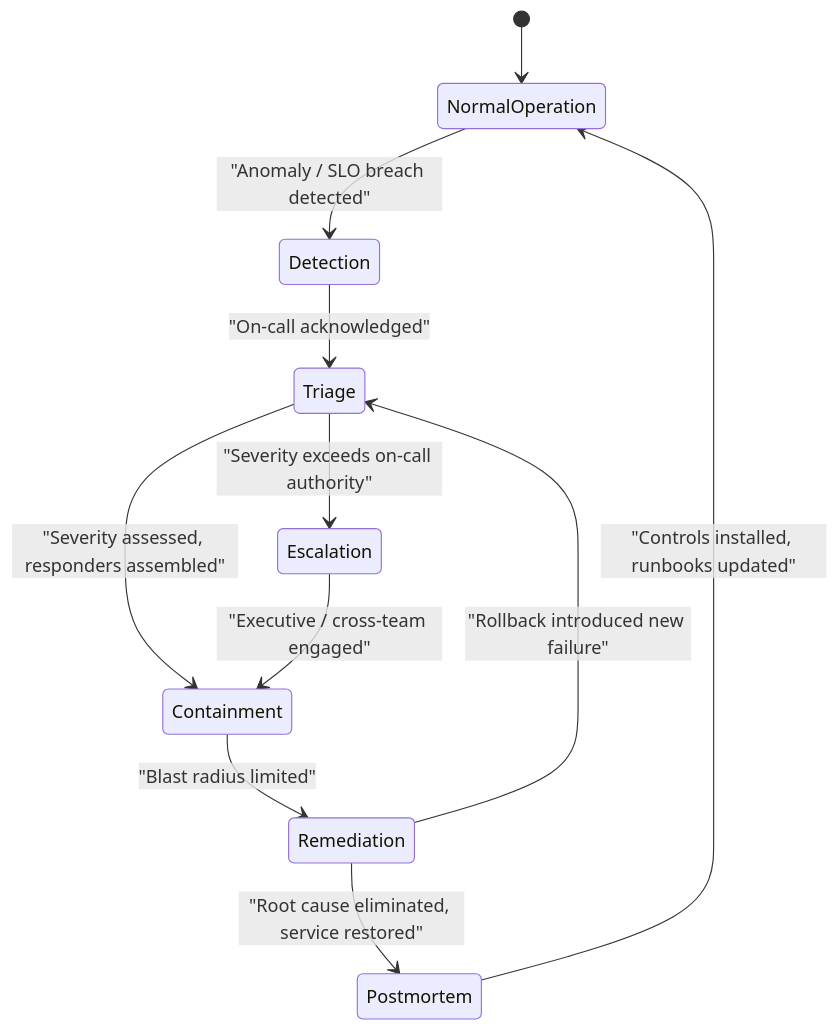
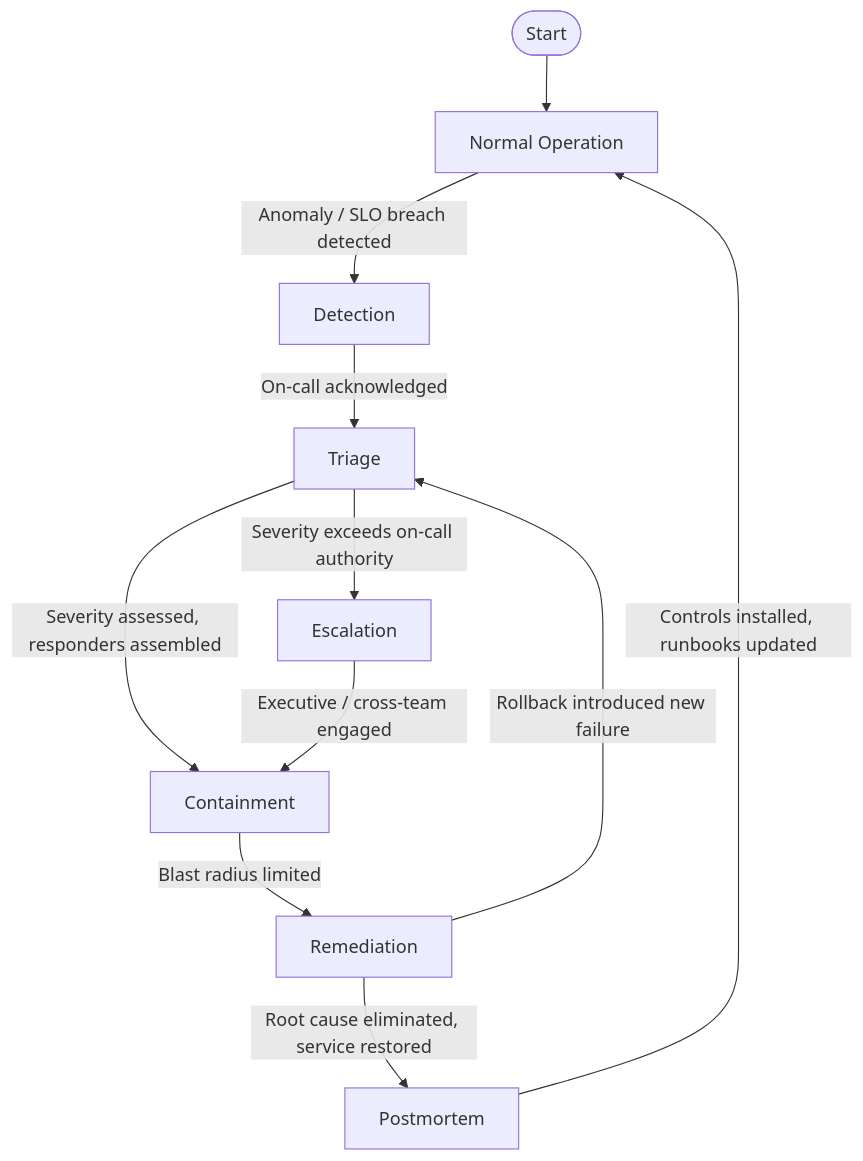
Before and after one commit to blebleblee/synapse: the second of 7 diagrams in topics/computing/infrastructure/devsecops/lesson_06_incident_response_chaos_resilience.md, drawn with Mermaid. The commit also changed other lines of this file and 1464 other files, not shown here.

Commit message:
feat(release): curriculum vector mermaid upgrade, render hardening, and master synpack

````diff
--- a/topics/computing/infrastructure/devsecops/lesson_06_incident_response_chaos_resilience.md
+++ b/topics/computing/infrastructure/devsecops/lesson_06_incident_response_chaos_resilience.md
@@ -78,16 +78,16 @@
 ```mermaid
-stateDiagram-v2
-    [*] --> NormalOperation
-
-    NormalOperation --> Detection : "Anomaly / SLO breach detected"
-    Detection --> Triage : "On-call acknowledged"
-    Triage --> Containment : "Severity assessed, responders assembled"
-    Containment --> Remediation : "Blast radius limited"
-    Remediation --> Postmortem : "Root cause eliminated, service restored"
-    Postmortem --> NormalOperation : "Controls installed, runbooks updated"
-
-    Triage --> Escalation : "Severity exceeds on-call authority"
-    Escalation --> Containment : "Executive / cross-team engaged"
-
-    Remediation --> Triage : "Rollback introduced new failure"
+flowchart TD
+    Start([Start]) --> NormalOperation["Normal Operation"]
+    
+    NormalOperation -->|"Anomaly / SLO breach detected"| Detection["Detection"]
+    Detection -->|"On-call acknowledged"| Triage["Triage"]
+    Triage -->|"Severity assessed, responders assembled"| Containment["Containment"]
+    Containment -->|"Blast radius limited"| Remediation["Remediation"]
+    Remediation -->|"Root cause eliminated, service restored"| Postmortem["Postmortem"]
+    Postmortem -->|"Controls installed, runbooks updated"| NormalOperation
+    
+    Triage -->|"Severity exceeds on-call authority"| Escalation["Escalation"]
+    Escalation -->|"Executive / cross-team engaged"| Containment
+    
+    Remediation -->|"Rollback introduced new failure"| Triage
 ```
````
